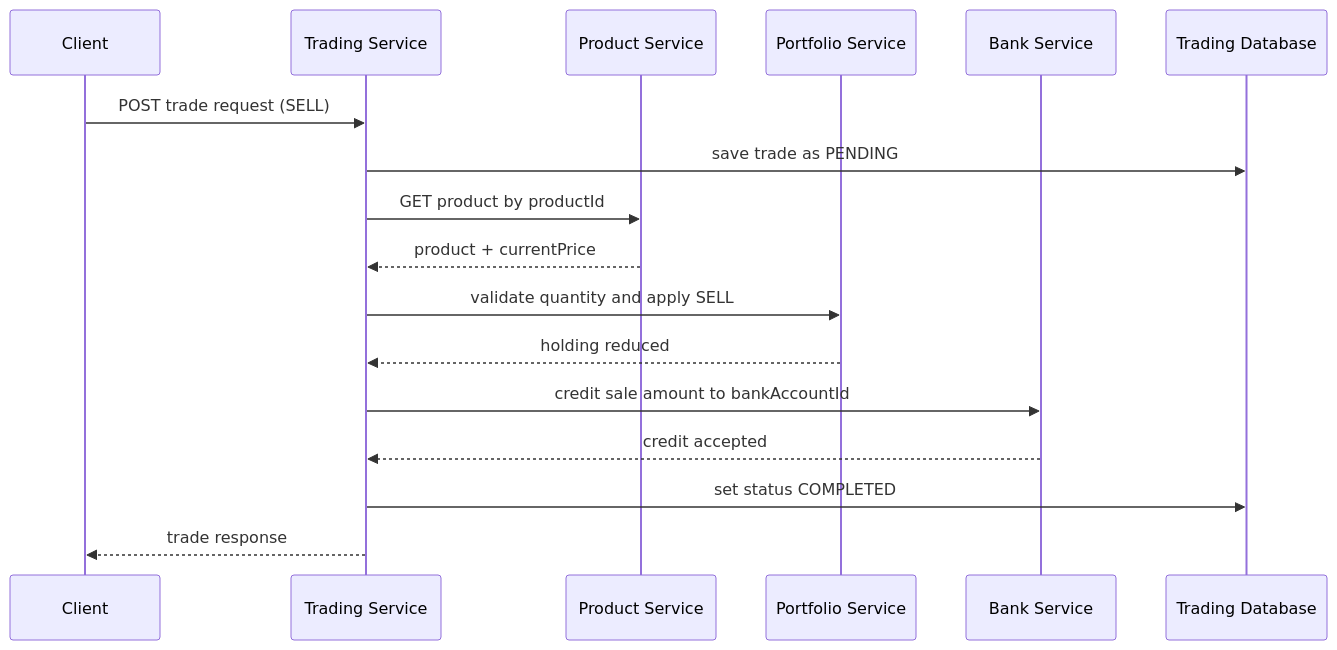
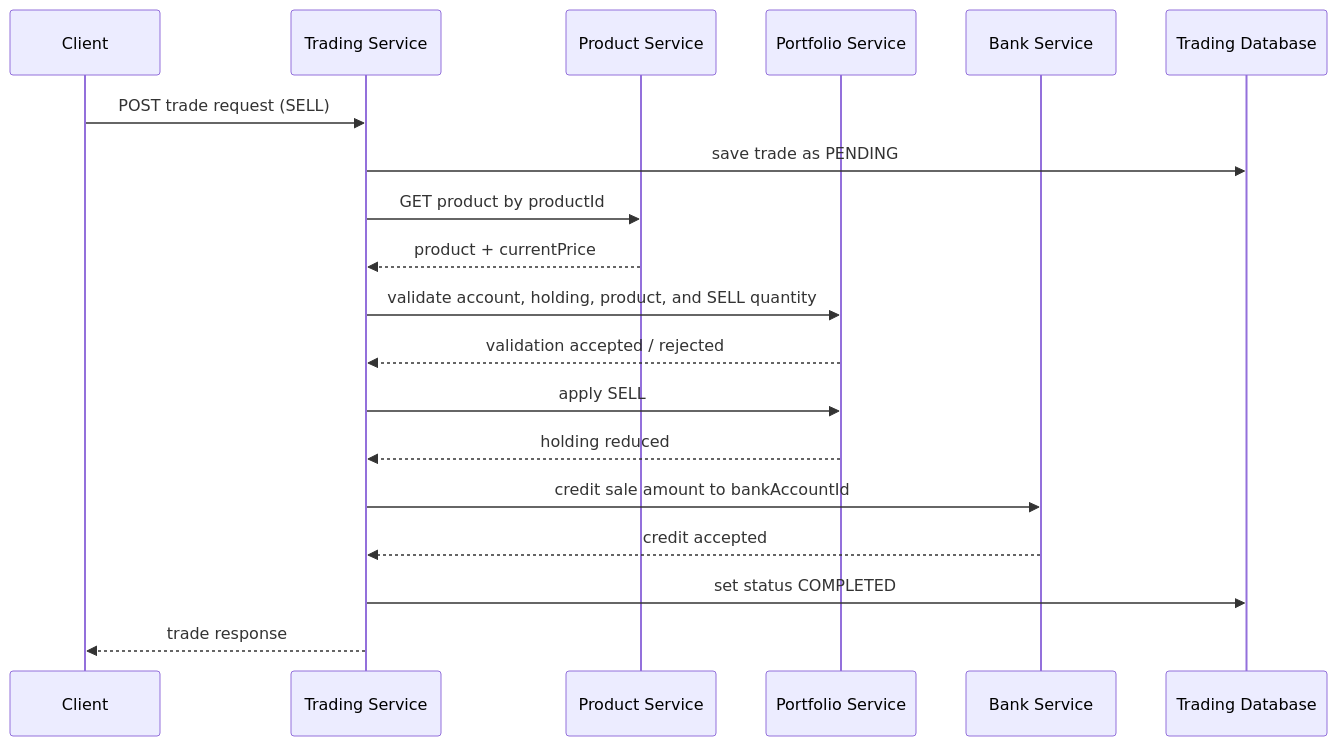
Before and after one commit to angreatharva/OracleTraining: the third of 3 diagrams in readme.md, drawn with Mermaid. The commit also changed other lines of this file, not shown here.

````diff
--- a/readme.md
+++ b/readme.md
@@ -168,20 +170,22 @@
 ```mermaid
 sequenceDiagram
     participant C as Client
     participant T as Trading Service
     participant P as Product Service
     participant PF as Portfolio Service
     participant B as Bank Service
     participant DB as Trading Database
 
     C->>T: POST trade request (SELL)
     T->>DB: save trade as PENDING
     T->>P: GET product by productId
     P-->>T: product + currentPrice
-    T->>PF: validate quantity and apply SELL
+    T->>PF: validate account, holding, product, and SELL quantity
+    PF-->>T: validation accepted / rejected
+    T->>PF: apply SELL
     PF-->>T: holding reduced
     T->>B: credit sale amount to bankAccountId
     B-->>T: credit accepted
     T->>DB: set status COMPLETED
     T-->>C: trade response
 ```
````
